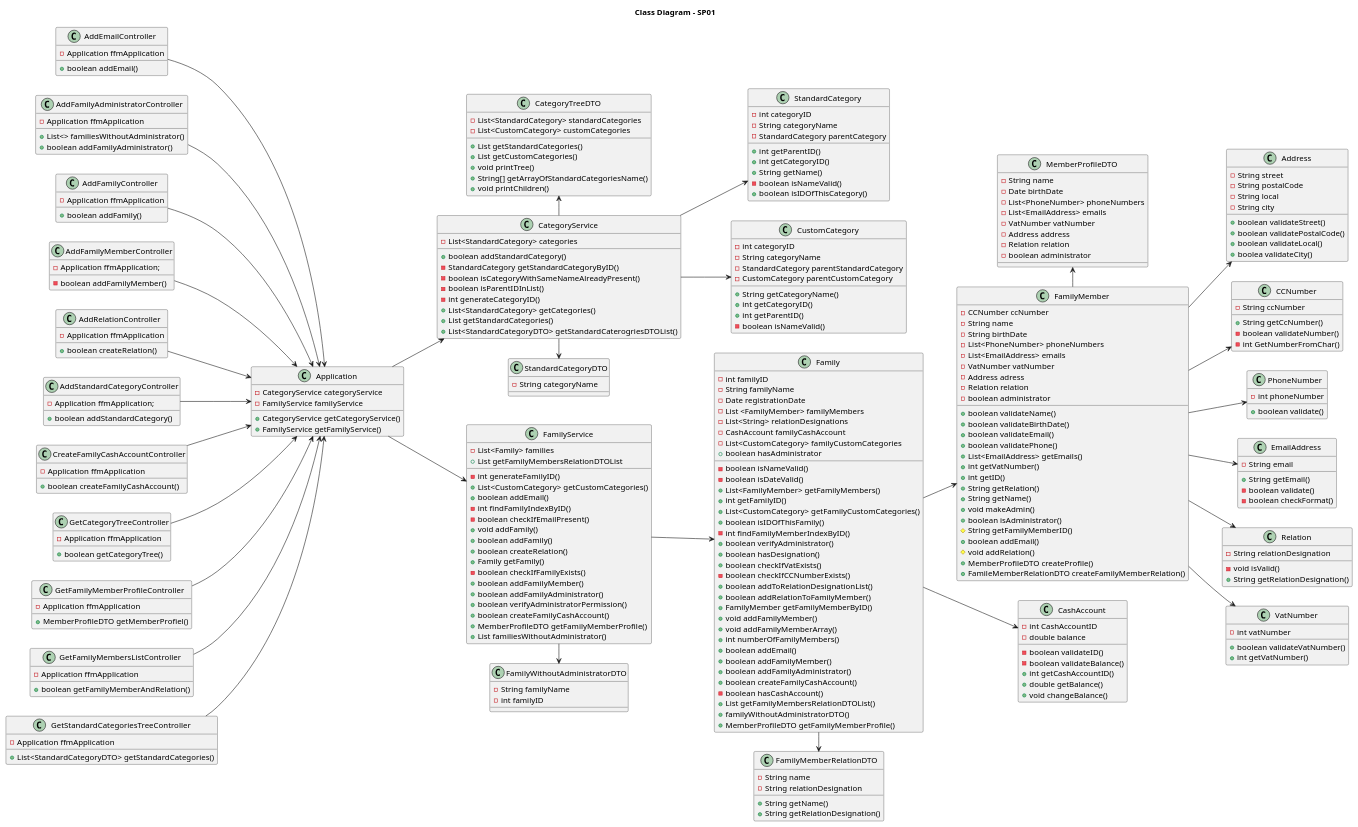
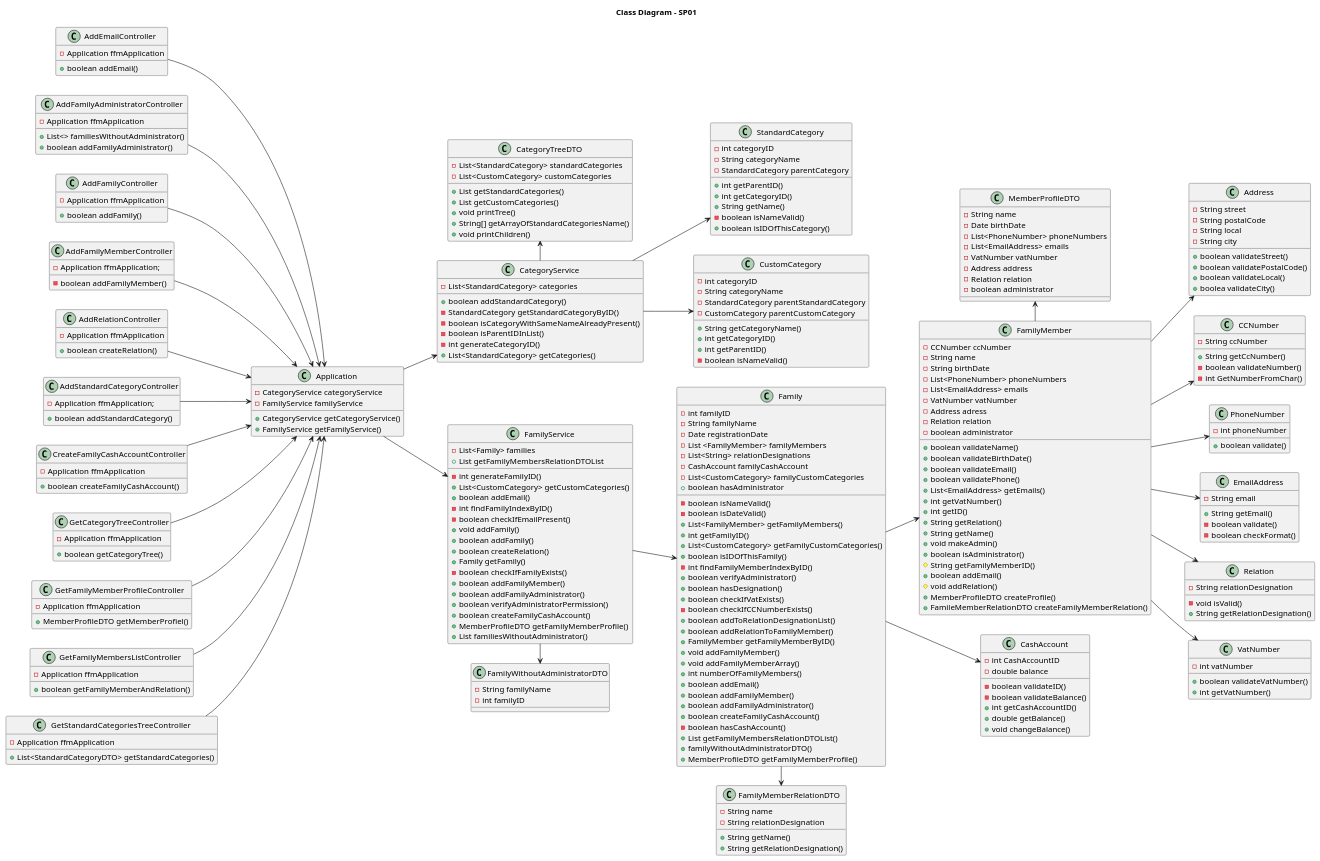
Before and after one commit to tomas-osswald/switch_2020_g3: the diagram in docs/sprint1/diagrams/ClassDiagram.puml, drawn with PlantUML. The commit also changed 4 other files, not shown here.

Commit message:
Code clean up and diagram fix

```diff
--- a/docs/sprint1/diagrams/ClassDiagram.puml
+++ b/docs/sprint1/diagrams/ClassDiagram.puml
@@ -73,8 +73,6 @@
   - boolean isParentIDInList()
   - int generateCategoryID()
   + List<StandardCategory> getCategories()
-  + List getStandardCategories()
-  + List<StandardCategoryDTO> getStandardCaterogriesDTOList()
 }
 
 class StandardCategory {
@@ -86,10 +84,6 @@
   + String getName()
   - boolean isNameValid()
   + boolean isIDOfThisCategory()
-}
-
-class StandardCategoryDTO {
-  - String categoryName
 }
 
 class CustomCategory {
@@ -279,7 +273,6 @@
 AddFamilyMemberController --> Application
 AddRelationController --> Application
 AddStandardCategoryController --> Application
-
 CreateFamilyCashAccountController --> Application
 GetCategoryTreeController --> Application
 GetFamilyMemberProfileController --> Application
@@ -289,7 +282,6 @@
 Application --> CategoryService
 CategoryService --> CustomCategory
 CategoryService --> StandardCategory
-CategoryService -> StandardCategoryDTO
 CategoryService -left-> CategoryTreeDTO
 FamilyService -right-> FamilyWithoutAdministratorDTO
 FamilyService --> Family
```
